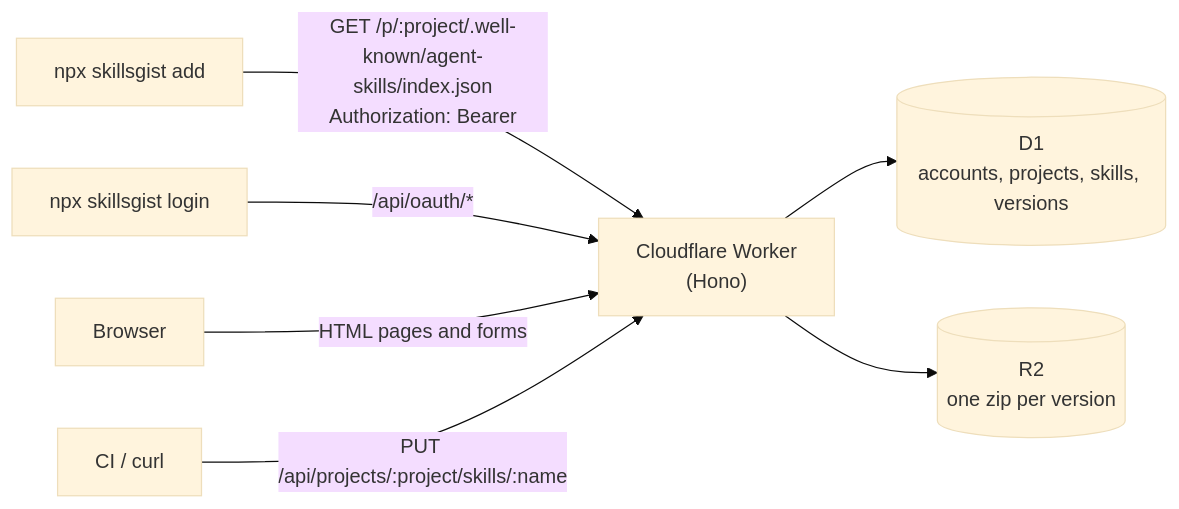
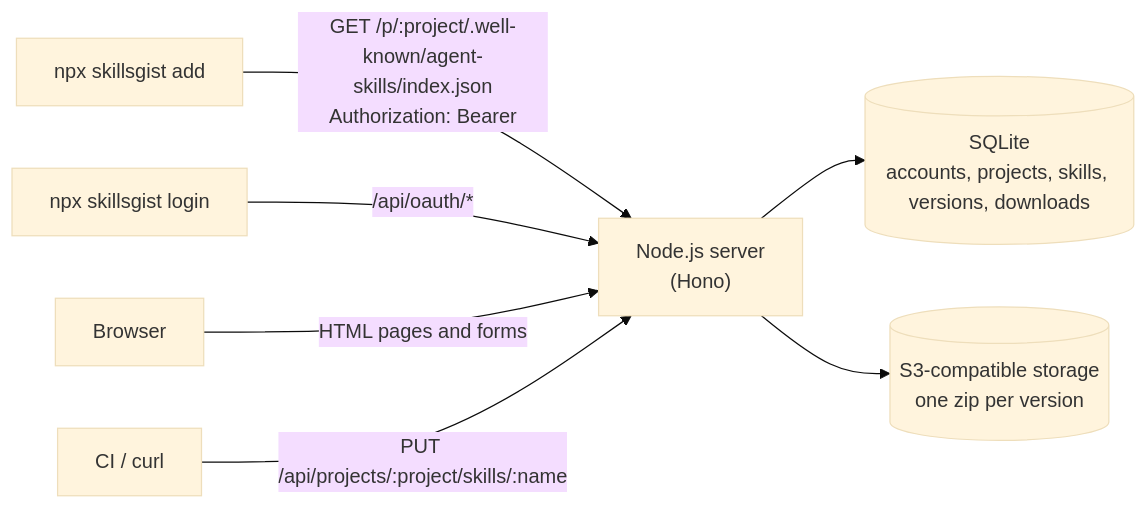
Before and after one commit to Qsnh/skillsgist: the diagram in CONTRIBUTING.md, drawn with Mermaid (base theme). The commit also changed other lines of this file and 111 other files, not shown here.

First line of the commit message:
Self-host on Node.js, SQLite and S3-compatible storage

````diff
--- a/CONTRIBUTING.md
+++ b/CONTRIBUTING.md
@@ -7,9 +7,9 @@
 ```mermaid
 flowchart LR
-  cli["npx skillsgist add"] -- "GET /p/:project/.well-known/agent-skills/index.json\nAuthorization: Bearer" --> worker
-  login["npx skillsgist login"] -- "/api/oauth/*" --> worker
-  browser["Browser"] -- "HTML pages and forms" --> worker
-  ci["CI / curl"] -- "PUT /api/projects/:project/skills/:name" --> worker
-  worker["Cloudflare Worker<br/>(Hono)"] --> d1[("D1<br/>accounts, projects, skills, versions")]
-  worker --> r2[("R2<br/>one zip per version")]
+  cli["npx skillsgist add"] -- "GET /p/:project/.well-known/agent-skills/index.json\nAuthorization: Bearer" --> server
+  login["npx skillsgist login"] -- "/api/oauth/*" --> server
+  browser["Browser"] -- "HTML pages and forms" --> server
+  ci["CI / curl"] -- "PUT /api/projects/:project/skills/:name" --> server
+  server["Node.js server<br/>(Hono)"] --> sqlite[("SQLite<br/>accounts, projects, skills, versions, downloads")]
+  server --> s3[("S3-compatible storage<br/>one zip per version")]
 ```
````
